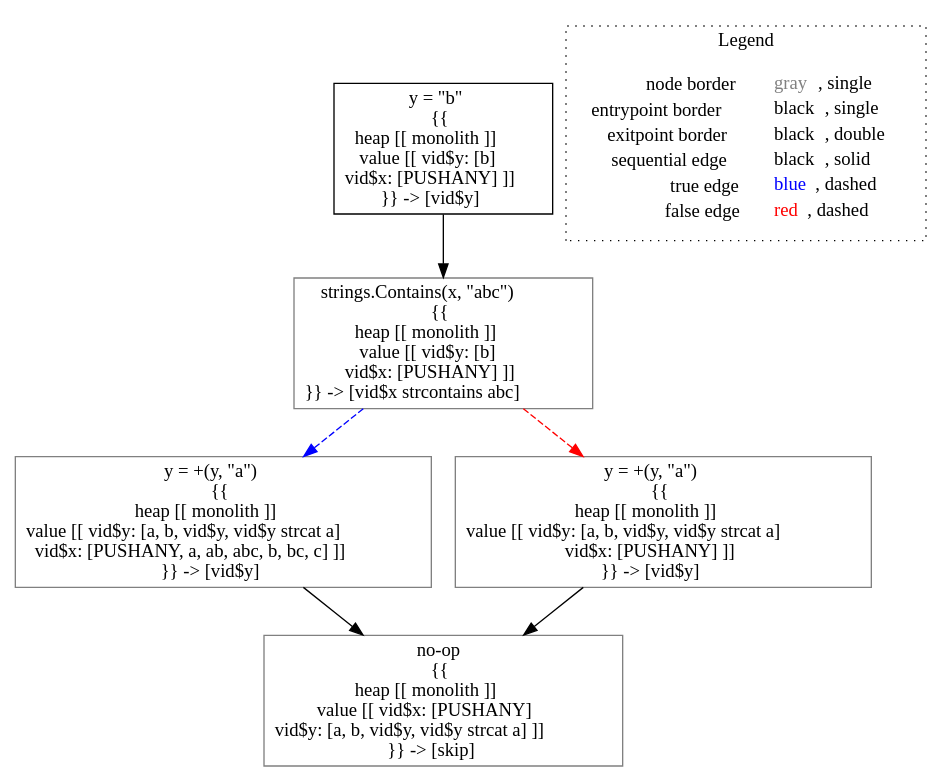
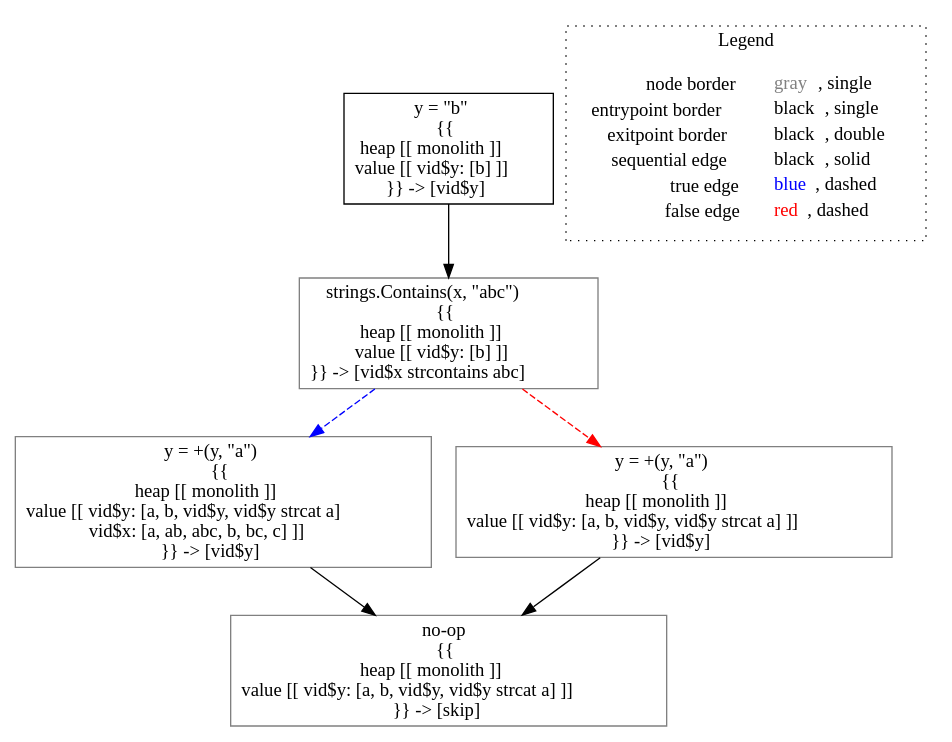
One commit to lisa-analyzer/go-lisa changed the diagram in go-lisa/test-outputs/icalp/analysis___untyped_~LiSAProgram.strings(string_x,_string_y).dot. Above: the diagram before and after it, drawn with Graphviz. The commit also changed 4 other files, not shown here.

```diff
--- a/go-lisa/test-outputs/icalp/analysis___untyped_~LiSAProgram.strings(string_x,_string_y).dot
+++ b/go-lisa/test-outputs/icalp/analysis___untyped_~LiSAProgram.strings(string_x,_string_y).dot
@@ -1,19 +1,19 @@
 digraph {
-	"node0" [shape="rect",color="black",label=<y = &quot;b&quot;<BR/>{{<BR/>heap [[ monolith ]]<BR/>value [[ vid$y: [b]<BR/>vid$x: [PUSHANY] ]]<BR/>}} -&gt; [vid$y]>];
-	"node1" [shape="rect",color="gray",label=<strings.Contains(x, &quot;abc&quot;)<BR/>{{<BR/>heap [[ monolith ]]<BR/>value [[ vid$y: [b]<BR/>vid$x: [PUSHANY] ]]<BR/>}} -&gt; [vid$x strcontains abc]>];
-	"node2" [shape="rect",color="gray",label=<y = +(y, &quot;a&quot;)<BR/>{{<BR/>heap [[ monolith ]]<BR/>value [[ vid$y: [a, b, vid$y, vid$y strcat a]<BR/>vid$x: [PUSHANY, a, ab, abc, b, bc, c] ]]<BR/>}} -&gt; [vid$y]>];
-	"node3" [shape="rect",color="gray",label=<y = +(y, &quot;a&quot;)<BR/>{{<BR/>heap [[ monolith ]]<BR/>value [[ vid$y: [a, b, vid$y, vid$y strcat a]<BR/>vid$x: [PUSHANY] ]]<BR/>}} -&gt; [vid$y]>];
-	"node4" [shape="rect",color="gray",label=<no-op<BR/>{{<BR/>heap [[ monolith ]]<BR/>value [[ vid$x: [PUSHANY]<BR/>vid$y: [a, b, vid$y, vid$y strcat a] ]]<BR/>}} -&gt; [skip]>];
-	"node1" -> "node2" [color="blue",style="dashed"];
-	"node1" -> "node3" [color="red",style="dashed"];
-	"node2" -> "node4" [color="black"];
+	"node0" [shape="rect",color="black",label=<y = &quot;b&quot;<BR/>{{<BR/>heap [[ monolith ]]<BR/>value [[ vid$y: [b] ]]<BR/>}} -&gt; [vid$y]>];
+	"node1" [shape="rect",color="gray",label=<y = +(y, &quot;a&quot;)<BR/>{{<BR/>heap [[ monolith ]]<BR/>value [[ vid$y: [a, b, vid$y, vid$y strcat a]<BR/>vid$x: [a, ab, abc, b, bc, c] ]]<BR/>}} -&gt; [vid$y]>];
+	"node2" [shape="rect",color="gray",label=<strings.Contains(x, &quot;abc&quot;)<BR/>{{<BR/>heap [[ monolith ]]<BR/>value [[ vid$y: [b] ]]<BR/>}} -&gt; [vid$x strcontains abc]>];
+	"node3" [shape="rect",color="gray",label=<y = +(y, &quot;a&quot;)<BR/>{{<BR/>heap [[ monolith ]]<BR/>value [[ vid$y: [a, b, vid$y, vid$y strcat a] ]]<BR/>}} -&gt; [vid$y]>];
+	"node4" [shape="rect",color="gray",label=<no-op<BR/>{{<BR/>heap [[ monolith ]]<BR/>value [[ vid$y: [a, b, vid$y, vid$y strcat a] ]]<BR/>}} -&gt; [skip]>];
+	"node0" -> "node2" [color="black"];
+	"node1" -> "node4" [color="black"];
+	"node2" -> "node1" [color="blue",style="dashed"];
+	"node2" -> "node3" [color="red",style="dashed"];
 	"node3" -> "node4" [color="black"];
-	"node0" -> "node1" [color="black"];
 subgraph cluster_legend {
 	label="Legend";
 	style=dotted;
 	node [shape=plaintext];
 	"legend" [label=<<table border="0" cellpadding="2" cellspacing="0" cellborder="0"><tr><td align="right">node border&nbsp;</td><td align="left"><font color="gray">gray</font>, single</td></tr><tr><td align="right">entrypoint border&nbsp;</td><td align="left"><font color="black">black</font>, single</td></tr><tr><td align="right">exitpoint border&nbsp;</td><td align="left"><font color="black">black</font>, double</td></tr><tr><td align="right">sequential edge&nbsp;</td><td align="left"><font color="black">black</font>, solid</td></tr><tr><td align="right">true edge&nbsp;</td><td align="left"><font color="blue">blue</font>, dashed</td></tr><tr><td align="right">false edge&nbsp;</td><td align="left"><font color="red">red</font>, dashed</td></tr></table>>];
 }
 
 }
```
